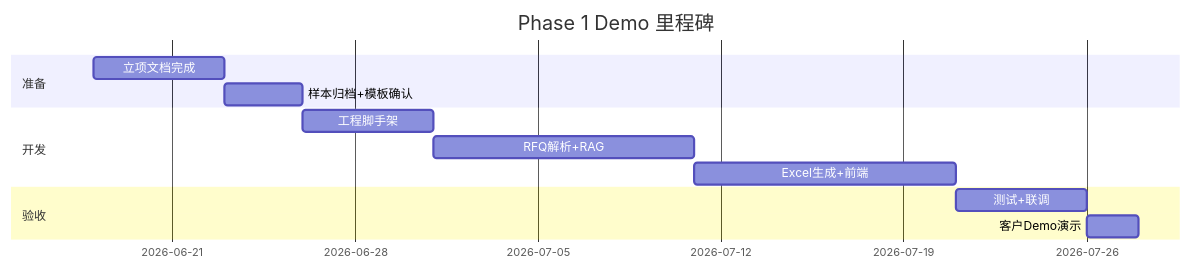
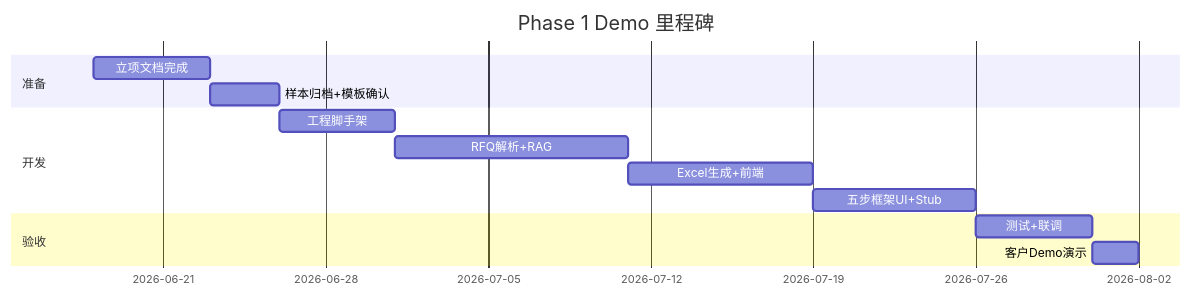
One commit to adle129/aria changed the diagram in docs/implementation-plan.md. Above: the diagram before and after it, drawn with Mermaid. The commit also changed other lines of this file and 86 other files, not shown here.

````diff
--- a/docs/implementation-plan.md
+++ b/docs/implementation-plan.md
@@ -46,15 +46,16 @@
 ```mermaid
 gantt
     title Phase 1 Demo 里程碑
     dateFormat YYYY-MM-DD
     section 准备
     立项文档完成           :m1, 2026-06-18, 5d
     样本归档+模板确认      :m2, after m1, 3d
     section 开发
     工程脚手架             :d1, after m2, 5d
     RFQ解析+RAG            :d2, after d1, 10d
-    Excel生成+前端           :d3, after d2, 10d
+    Excel生成+前端           :d3, after d2, 8d
+    五步框架UI+Stub          :d4, after d3, 7d
     section 验收
-    测试+联调              :t1, after d3, 5d
+    测试+联调              :t1, after d4, 5d
     客户Demo演示           :done1, after t1, 2d
 ```
````
